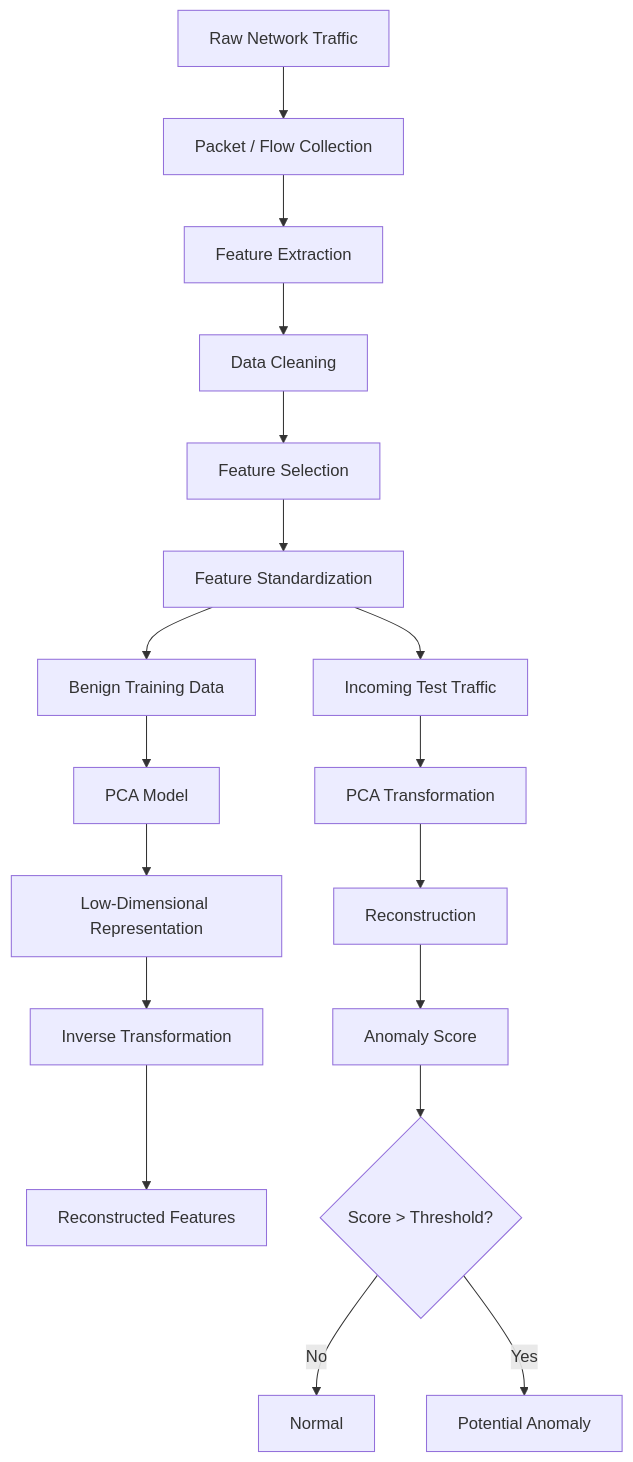
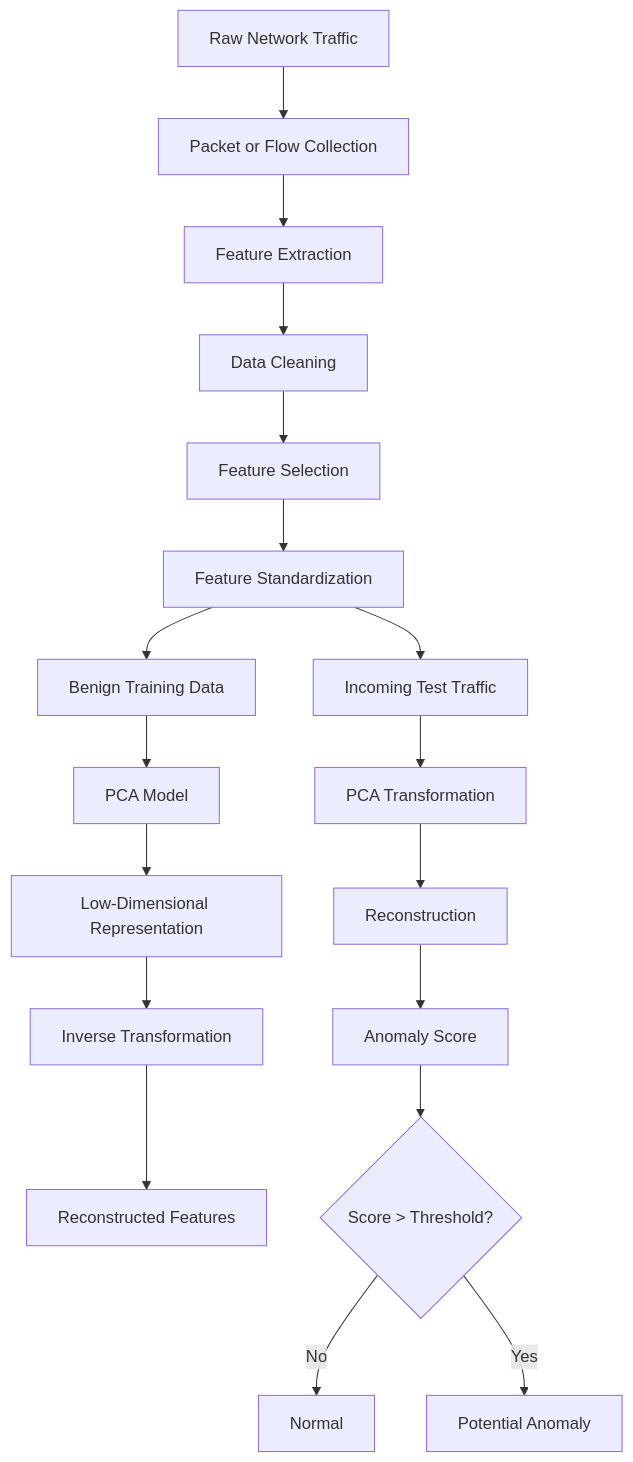
One commit to farhadakhtar/pca-network-anomaly-detection changed the third of 20 diagrams in README.md. Above: the diagram before and after it, drawn with Mermaid. The commit also changed other lines of this file, not shown here.

````diff
--- a/README.md
+++ b/README.md
@@ -205,37 +196,37 @@
 ```mermaid
 flowchart TD
 
-    A[Raw Network Traffic] --> B[Packet / Flow Collection]
+    A[Raw Network Traffic] --> B[Packet or Flow Collection]
 
     B --> C[Feature Extraction]
 
     C --> D[Data Cleaning]
 
     D --> E[Feature Selection]
 
     E --> F[Feature Standardization]
 
     F --> G[Benign Training Data]
 
     G --> H[PCA Model]
 
     H --> I[Low-Dimensional Representation]
 
     I --> J[Inverse Transformation]
 
     J --> K[Reconstructed Features]
 
     F --> L[Incoming Test Traffic]
 
     L --> M[PCA Transformation]
 
     M --> N[Reconstruction]
 
     N --> O[Anomaly Score]
 
     O --> P{Score > Threshold?}
 
     P -->|No| Q[Normal]
 
     P -->|Yes| R[Potential Anomaly]
 ```
````
